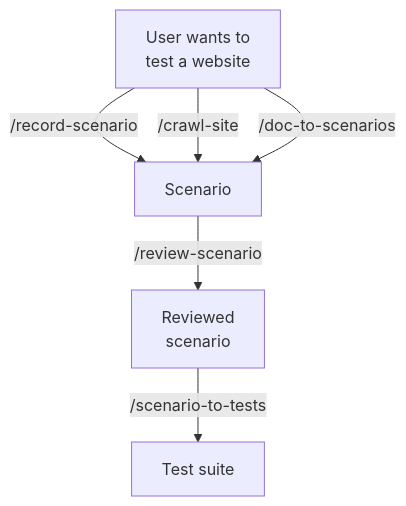
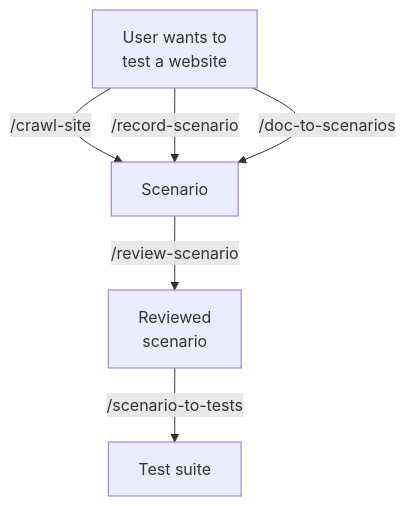
One commit to mattbobambrose/playwright-scenarios changed the diagram in website/playwright-scenarios/docs/index.md. Above: the diagram before and after it, drawn with Mermaid. The commit also changed 9 other files, not shown here.

````diff
--- a/website/playwright-scenarios/docs/index.md
+++ b/website/playwright-scenarios/docs/index.md
@@ -17,9 +17,9 @@
 ``` mermaid
 graph TD
     A[User wants to<br/>test a website]
-    A -->|"/record-scenario"| B[Scenario]
-    A -->|"/crawl-site"| B
+    A -->|"/crawl-site"| B[Scenario]
+    A -->|"/record-scenario"| B
     A -->|"/doc-to-scenarios"| B
     B -->|"/review-scenario"| C[Reviewed<br/>scenario]
     C -->|"/scenario-to-tests"| D[Test suite]
 ```
````
